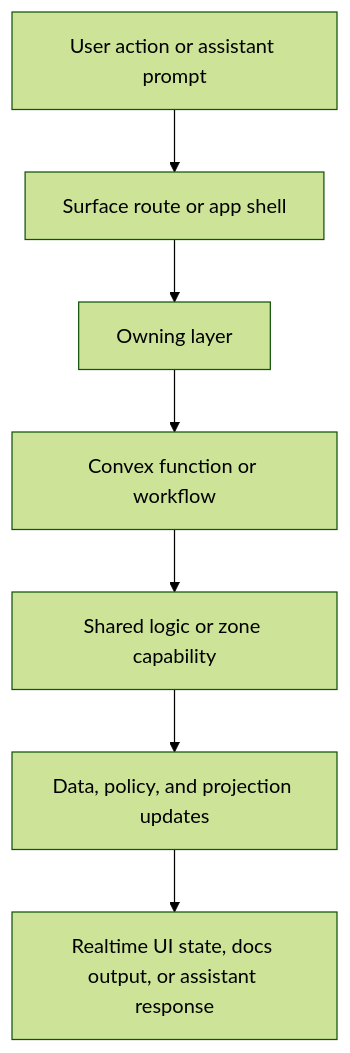
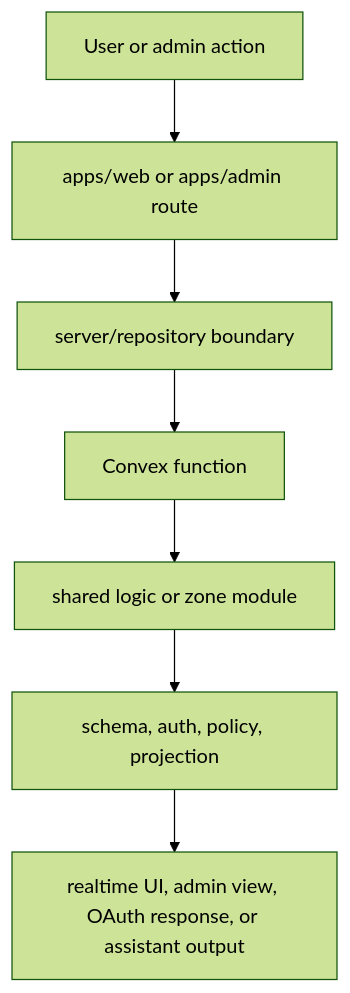
The second of 2 diagrams in README.md (Up-to-code/anan-ai), drawn with Mermaid (forest theme) before and after one commit. The commit also changed other lines of this file, not shown here.

````diff
--- a/README.md
+++ b/README.md
@@ -50,9 +55,9 @@
 ```mermaid
 flowchart TD
-    A["User action or assistant prompt"] --> B["Surface route or app shell"]
-    B --> C["Owning layer"]
-    C --> D["Convex function or workflow"]
-    D --> E["Shared logic or zone capability"]
-    E --> F["Data, policy, and projection updates"]
-    F --> G["Realtime UI state, docs output, or assistant response"]
+    A["User or admin action"] --> B["apps/web or apps/admin route"]
+    B --> C["server/repository boundary"]
+    C --> D["Convex function"]
+    D --> E["shared logic or zone module"]
+    E --> F["schema, auth, policy, projection"]
+    F --> G["realtime UI, admin view, OAuth response, or assistant output"]
 ```
````
